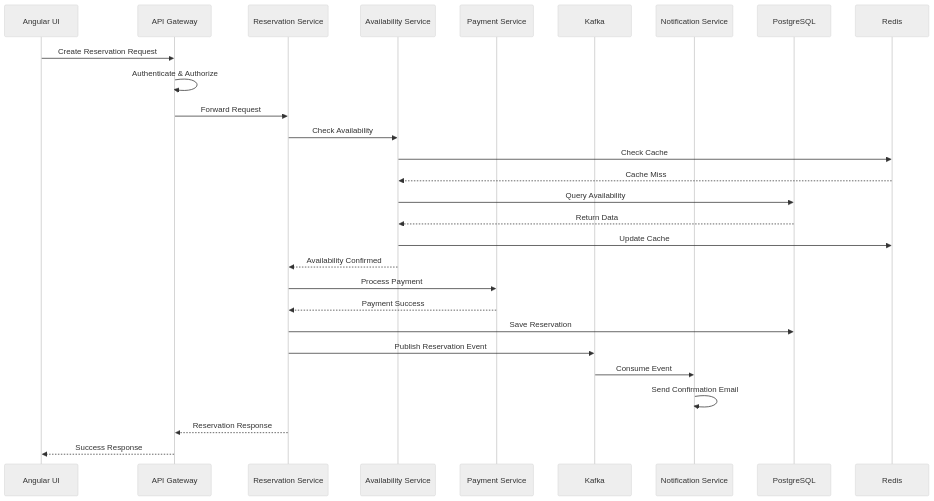
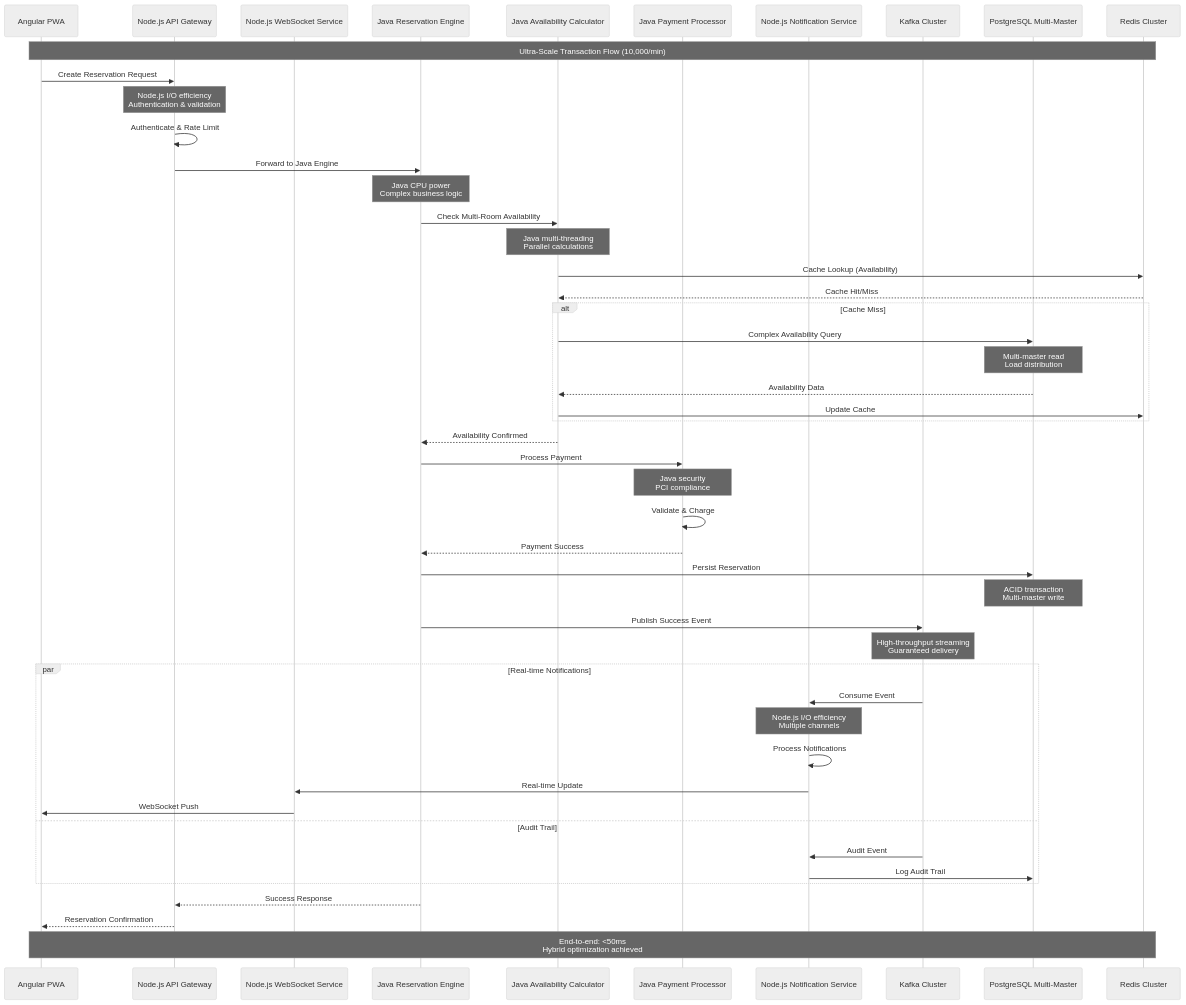
Diagram 18 of 33 in docs/product-requirements-document.md (red2n/modern-reservation), drawn with Mermaid (neutral theme) before and after one commit. The commit also changed other lines of this file, not shown here.

````diff
--- a/docs/product-requirements-document.md
+++ b/docs/product-requirements-document.md
@@ -1236,31 +1589,65 @@
 ```mermaid
 sequenceDiagram
-    participant UI as Angular UI
-    participant GW as API Gateway
-    participant RS as Reservation Service
-    participant AS as Availability Service
-    participant PS as Payment Service
-    participant K as Kafka
-    participant NS as Notification Service
-    participant DB as PostgreSQL
-    participant R as Redis
+    participant UI as Angular PWA
+    participant GW as Node.js API Gateway
+    participant WS as Node.js WebSocket Service
+    participant RE as Java Reservation Engine
+    participant AC as Java Availability Calculator
+    participant PP as Java Payment Processor
+    participant NS as Node.js Notification Service
+    participant K as Kafka Cluster
+    participant DB as PostgreSQL Multi-Master
+    participant RC as Redis Cluster
+
+    Note over UI,RC: Ultra-Scale Transaction Flow (10,000/min)
 
     UI->>GW: Create Reservation Request
-    GW->>GW: Authenticate & Authorize
-    GW->>RS: Forward Request
-    RS->>AS: Check Availability
-    AS->>R: Check Cache
-    R-->>AS: Cache Miss
-    AS->>DB: Query Availability
-    DB-->>AS: Return Data
-    AS->>R: Update Cache
-    AS-->>RS: Availability Confirmed
-    RS->>PS: Process Payment
-    PS-->>RS: Payment Success
-    RS->>DB: Save Reservation
-    RS->>K: Publish Reservation Event
-    K->>NS: Consume Event
-    NS->>NS: Send Confirmation Email
-    RS-->>GW: Reservation Response
-    GW-->>UI: Success Response
+    Note over GW: Node.js I/O efficiency<br/>Authentication & validation
+
+    GW->>GW: Authenticate & Rate Limit
+    GW->>RE: Forward to Java Engine
+    Note over RE: Java CPU power<br/>Complex business logic
+
+    RE->>AC: Check Multi-Room Availability
+    Note over AC: Java multi-threading<br/>Parallel calculations
+
+    AC->>RC: Cache Lookup (Availability)
+    RC-->>AC: Cache Hit/Miss
+
+    alt Cache Miss
+        AC->>DB: Complex Availability Query
+        Note over DB: Multi-master read<br/>Load distribution
+        DB-->>AC: Availability Data
+        AC->>RC: Update Cache
+    end
+
+    AC-->>RE: Availability Confirmed
+
+    RE->>PP: Process Payment
+    Note over PP: Java security<br/>PCI compliance
+
+    PP->>PP: Validate & Charge
+    PP-->>RE: Payment Success
+
+    RE->>DB: Persist Reservation
+    Note over DB: ACID transaction<br/>Multi-master write
+
+    RE->>K: Publish Success Event
+    Note over K: High-throughput streaming<br/>Guaranteed delivery
+
+    par Real-time Notifications
+        K->>NS: Consume Event
+        Note over NS: Node.js I/O efficiency<br/>Multiple channels
+        NS->>NS: Process Notifications
+        NS->>WS: Real-time Update
+        WS->>UI: WebSocket Push
+    and Audit Trail
+        K->>NS: Audit Event
+        NS->>DB: Log Audit Trail
+    end
+
+    RE-->>GW: Success Response
+    GW-->>UI: Reservation Confirmation
+
+    Note over UI,RC: End-to-end: <50ms<br/>Hybrid optimization achieved
 ```
````
